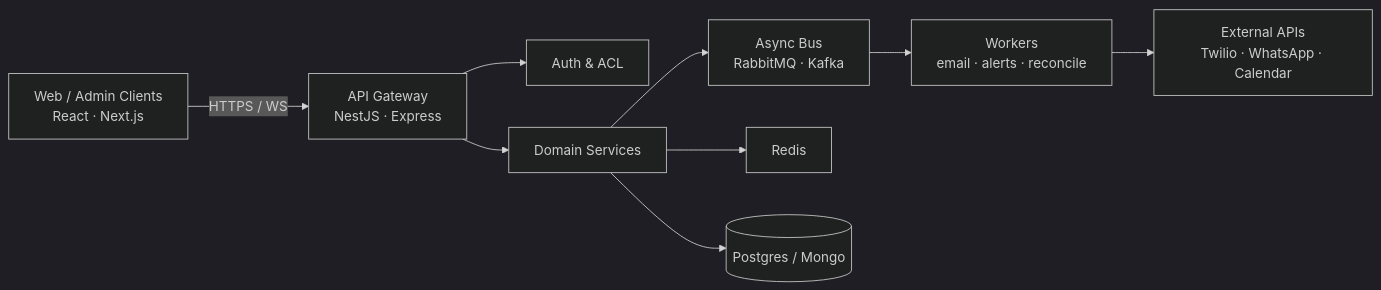
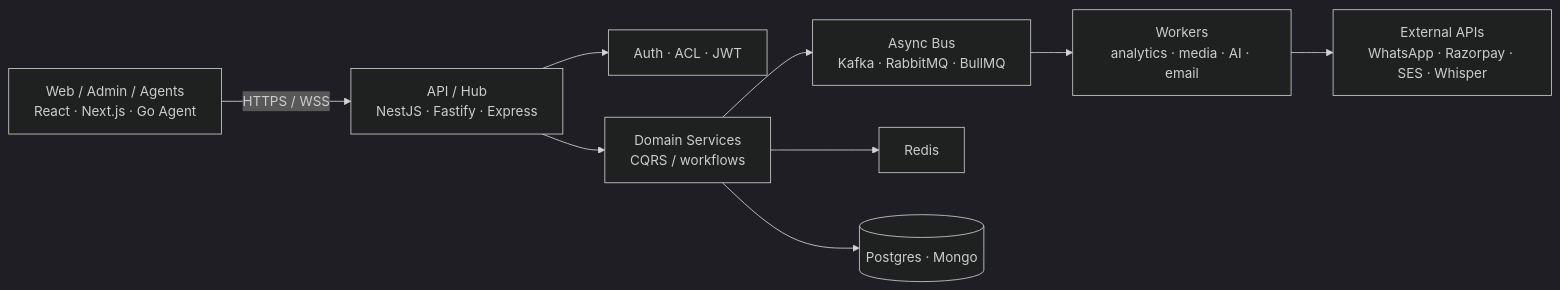
Before and after one commit to musavirchukkan/musavirchukkan: the diagram in github-profile-preview/README.md, drawn with Mermaid (dark theme). The commit also changed other lines of this file, not shown here.

````diff
--- a/github-profile-preview/README.md
+++ b/github-profile-preview/README.md
@@ -56,11 +80,11 @@
 ```mermaid
 flowchart LR
-  Client["Web / Admin Clients<br/>React · Next.js"] -->|HTTPS / WS| Gateway["API Gateway<br/>NestJS · Express"]
-  Gateway --> Auth["Auth & ACL"]
-  Gateway --> Core["Domain Services"]
-  Core --> Queue["Async Bus<br/>RabbitMQ · Kafka"]
+  Clients["Web / Admin / Agents<br/>React · Next.js · Go Agent"] -->|HTTPS / WSS| Hub["API / Hub<br/>NestJS · Fastify · Express"]
+  Hub --> Auth["Auth · ACL · JWT"]
+  Hub --> Core["Domain Services<br/>CQRS / workflows"]
+  Core --> Bus["Async Bus<br/>Kafka · RabbitMQ · BullMQ"]
   Core --> Cache["Redis"]
-  Core --> DB[("Postgres / Mongo")]
-  Queue --> Workers["Workers<br/>email · alerts · reconcile"]
-  Workers --> Ext["External APIs<br/>Twilio · WhatsApp · Calendar"]
+  Core --> DB[("Postgres · Mongo")]
+  Bus --> Workers["Workers<br/>analytics · media · AI · email"]
+  Workers --> Ext["External APIs<br/>WhatsApp · Razorpay · SES · Whisper"]
 ```
````
